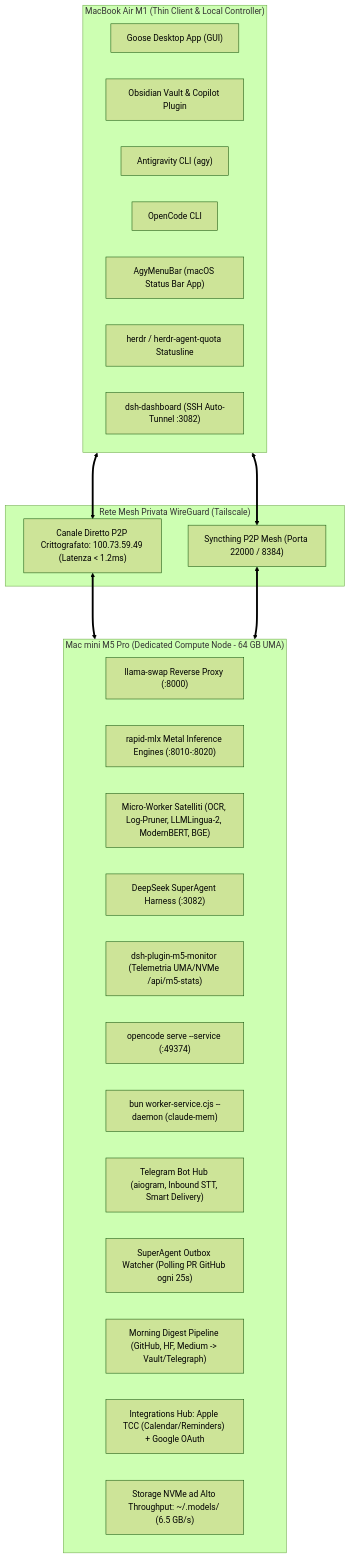
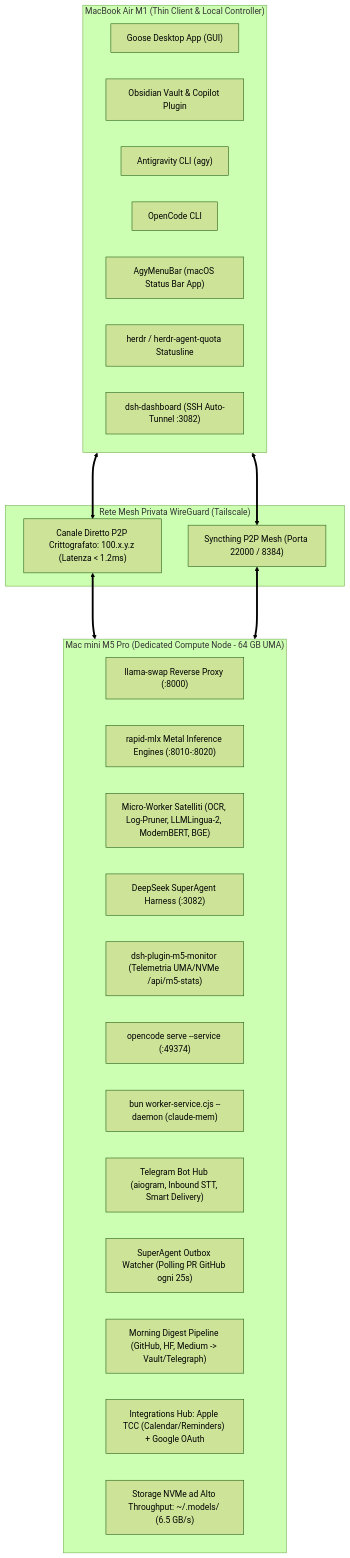
One commit to fabiomalagutti27-droid/apple-silicon-ai-workstation changed the first of 4 diagrams in ARCHITECTURE.md. Above: the diagram before and after it, drawn with Mermaid (forest theme). The commit also changed other lines of this file and 17 other files, not shown here.

````diff
--- a/ARCHITECTURE.md
+++ b/ARCHITECTURE.md
@@ -30,35 +30,35 @@
 ```mermaid
 flowchart TB
     subgraph MacBookAir["MacBook Air M1 (Thin Client & Local Controller)"]
         UI_Goose["Goose Desktop App (GUI)"]
         UI_Obsidian["Obsidian Vault & Copilot Plugin"]
         CLI_AGY["Antigravity CLI (agy)"]
         CLI_OpenCode["OpenCode CLI"]
         AgyMenu["AgyMenuBar (macOS Status Bar App)"]
         Herdr_Client["herdr / herdr-agent-quota Statusline"]
         DSH_DashClient["dsh-dashboard (SSH Auto-Tunnel :3082)"]
     end
 
     subgraph Mesh["Rete Mesh Privata WireGuard (Tailscale)"]
-        Tunnel["Canale Diretto P2P Crittografato: 100.73.59.49 (Latenza < 1.2ms)"]
+        Tunnel["Canale Diretto P2P Crittografato: 100.x.y.z (Latenza < 1.2ms)"]
         SyncMesh["Syncthing P2P Mesh (Porta 22000 / 8384)"]
     end
 
     subgraph MacMini["Mac mini M5 Pro (Dedicated Compute Node - 64 GB UMA)"]
         Gateway["llama-swap Reverse Proxy (:8000)"]
         RapidMLX["rapid-mlx Metal Inference Engines (:8010-:8020)"]
         Satellites["Micro-Worker Satelliti (OCR, Log-Pruner, LLMLingua-2, ModernBERT, BGE)"]
         DSH_Daemon["DeepSeek SuperAgent Harness (:3082)"]
         DSH_Monitor["dsh-plugin-m5-monitor (Telemetria UMA/NVMe /api/m5-stats)"]
         OpenCodeDaemon["opencode serve --service (:49374)"]
         ClaudeMemWorker["bun worker-service.cjs --daemon (claude-mem)"]
         TG_Daemon["Telegram Bot Hub (aiogram, Inbound STT, Smart Delivery)"]
         TG_Watcher["SuperAgent Outbox Watcher (Polling PR GitHub ogni 25s)"]
         Digest_Daemon["Morning Digest Pipeline (GitHub, HF, Medium -> Vault/Telegraph)"]
         Integrations["Integrations Hub: Apple TCC (Calendar/Reminders) + Google OAuth"]
         Storage["Storage NVMe ad Alto Throughput: ~/.models/ (6.5 GB/s)"]
     end
 
     MacBookAir <===> Tunnel <===> MacMini
     MacBookAir <===> SyncMesh <===> MacMini
 ```
````
